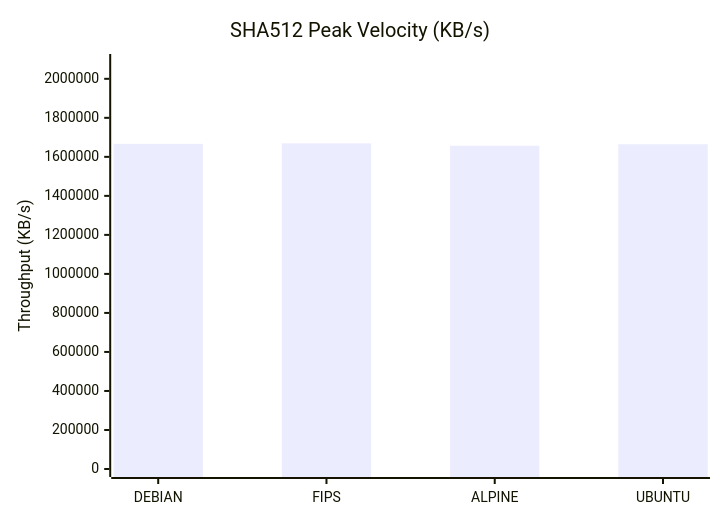
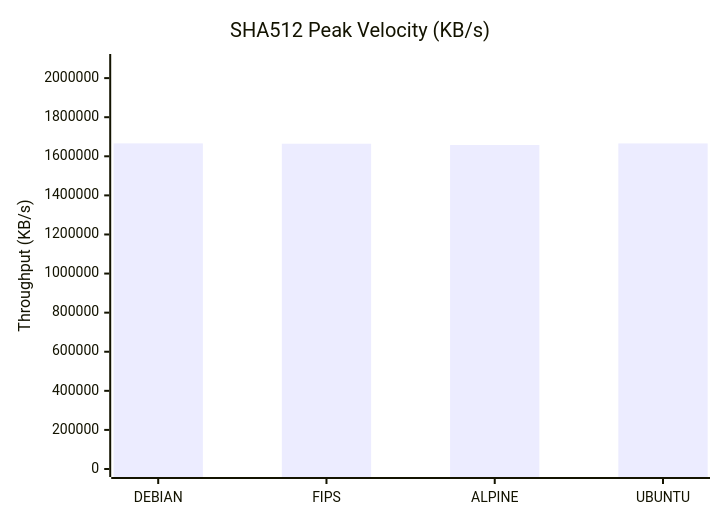
Before and after one commit to taha2samy/openssl_fips: the fourth of 9 diagrams in docs/Comparison_Report.md, drawn with Mermaid. The commit also changed other lines of this file and 2 other files, not shown here.

````diff
--- a/docs/Comparison_Report.md
+++ b/docs/Comparison_Report.md
@@ -83,7 +83,7 @@
 ```mermaid
 xychart-beta
     title "SHA512 Peak Velocity (KB/s)"
     x-axis [DEBIAN, FIPS, ALPINE, UBUNTU]
-    y-axis "Throughput (KB/s)" 0 --> 2086164
-    bar [1666424.83, 1668931.58, 1656766.46, 1664786.43]
+    y-axis "Throughput (KB/s)" 0 --> 2082488
+    bar [1665990.66, 1664335.87, 1657643.01, 1665884.16]
 ```
````
